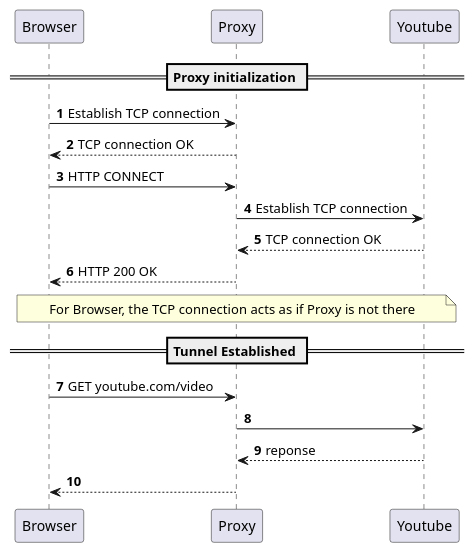
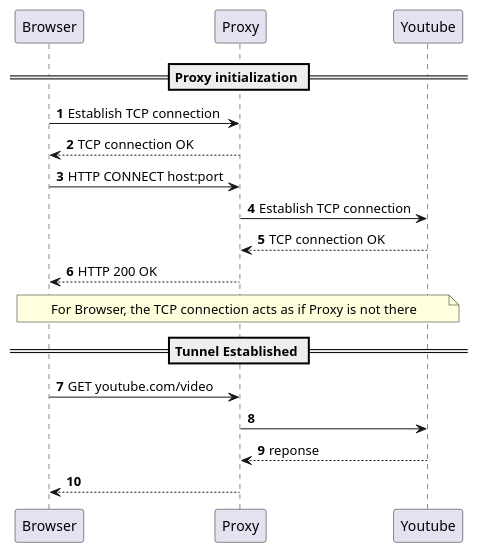
The diagram in README.md (scoulomb/http-headers), drawn with PlantUML before and after one commit. The commit also changed other lines of this file and 8 other files, not shown here.

````diff
--- a/README.md
+++ b/README.md
@@ -114,26 +114,26 @@
 ```plantuml
 @startuml
 autonumber
 Participant Browser as S
 Participant Proxy as P
 Participant Youtube as A
 
 == Proxy initialization ==
 
 S -> P: Establish TCP connection
 P --> S: TCP connection OK
-S -> P: HTTP CONNECT
+S -> P: HTTP CONNECT host:port
 P -> A: Establish TCP connection
 A --> P: TCP connection OK
 P --> S: HTTP 200 OK
 
 note across: For Browser, the TCP connection acts as if Proxy is not there
 
 == Tunnel Established ==
 
 S -> P: GET youtube.com/video
 P -> A:
 A --> P: reponse
 P --> S
 @enduml
 ```
````
